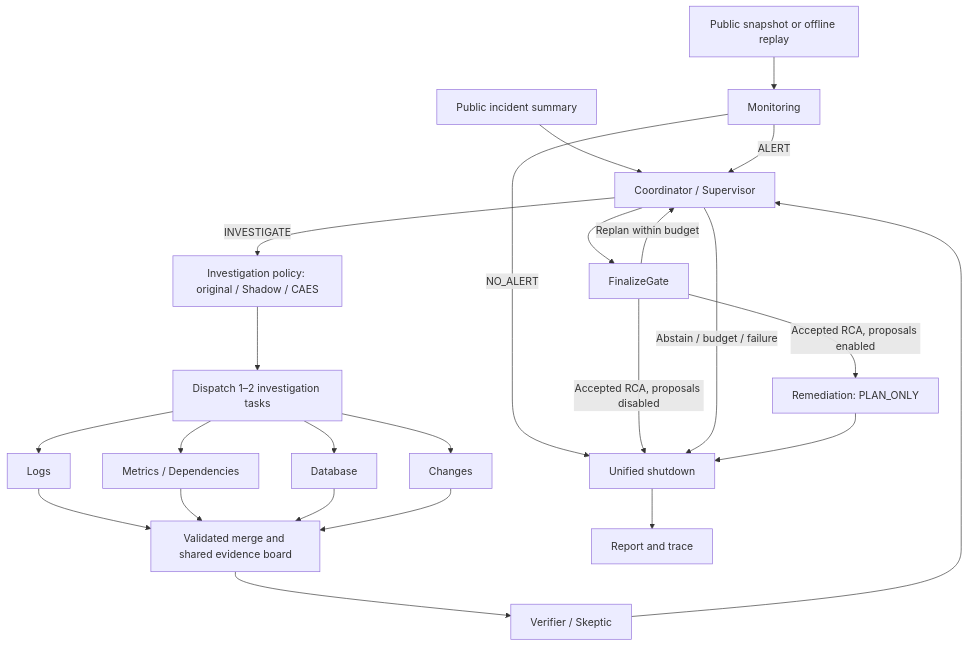
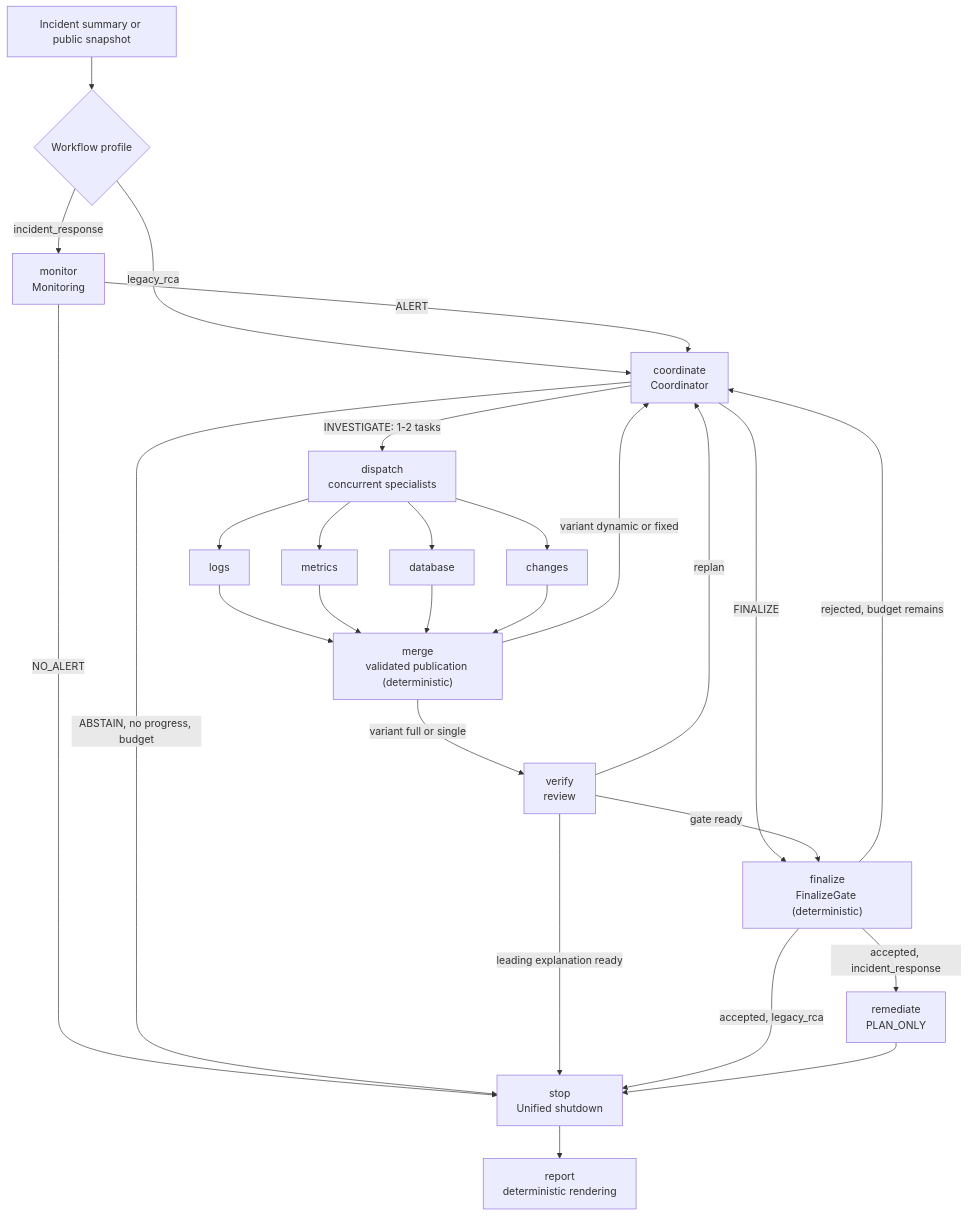
The diagram in README.md (celvelzel/IncidentLens), drawn with Mermaid before and after one commit. The commit also changed other lines of this file and 11 other files, not shown here.

````diff
--- a/README.md
+++ b/README.md
@@ -81,42 +100,29 @@
 ```mermaid
 flowchart TD
-    I["Public incident summary"]
-    P["Public snapshot or offline replay"]
-    N["Monitoring"]
-    C["Coordinator / Supervisor"]
-    A["Investigation policy: original / Shadow / CAES"]
-    D["Dispatch 1–2 investigation tasks"]
-    L["Logs"]
-    M["Metrics / Dependencies"]
-    DB["Database"]
-    X["Changes"]
-    B["Validated merge and shared evidence board"]
-    V["Verifier / Skeptic"]
-    G["FinalizeGate"]
-    R["Remediation: PLAN_ONLY"]
-    S["Unified shutdown"]
-    O["Report and trace"]
-    I --> C
-    P --> N
-    N -->|ALERT| C
-    N -->|NO_ALERT| S
-    C -->|INVESTIGATE| A
-    A --> D
-    D --> L
-    D --> M
-    D --> DB
-    D --> X
-    L --> B
-    M --> B
-    DB --> B
-    X --> B
-    B --> V
-    V --> C
-    C --> G
-    G -->|Replan within budget| C
-    G -->|Accepted RCA, proposals enabled| R
-    G -->|Accepted RCA, proposals disabled| S
-    C -->|Abstain / budget / failure| S
-    R --> S
-    S --> O
+    IN["Incident summary or public snapshot"] --> P{"Workflow profile"}
+    P -->|"legacy_rca"| C["coordinate<br/>Coordinator"]
+    P -->|"incident_response"| MON["monitor<br/>Monitoring"]
+    MON -->|"ALERT"| C
+    MON -->|"NO_ALERT"| STOP["stop<br/>Unified shutdown"]
+    C -->|"INVESTIGATE: 1-2 tasks"| D["dispatch<br/>concurrent specialists"]
+    C -->|"FINALIZE"| F["finalize<br/>FinalizeGate (deterministic)"]
+    C -->|"ABSTAIN, no progress, budget"| STOP
+    D --> L["logs"]
+    D --> M["metrics"]
+    D --> DB["database"]
+    D --> CH["changes"]
+    L --> MERGE["merge<br/>validated publication (deterministic)"]
+    M --> MERGE
+    DB --> MERGE
+    CH --> MERGE
+    MERGE -->|"variant full or single"| V["verify<br/>review"]
+    MERGE -->|"variant dynamic or fixed"| C
+    V -->|"replan"| C
+    V -->|"gate ready"| F
+    V -->|"leading explanation ready"| STOP
+    F -->|"rejected, budget remains"| C
+    F -->|"accepted, incident_response"| R["remediate<br/>PLAN_ONLY"]
+    F -->|"accepted, legacy_rca"| STOP
+    R --> STOP
+    STOP --> REP["report<br/>deterministic rendering"]
 ```
````
